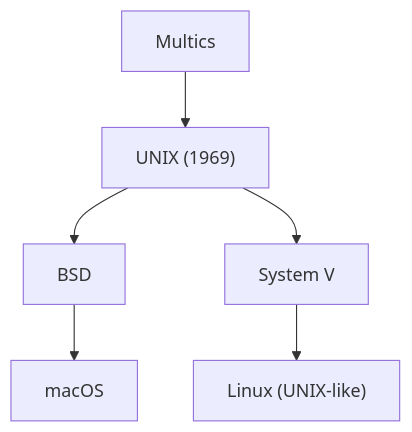
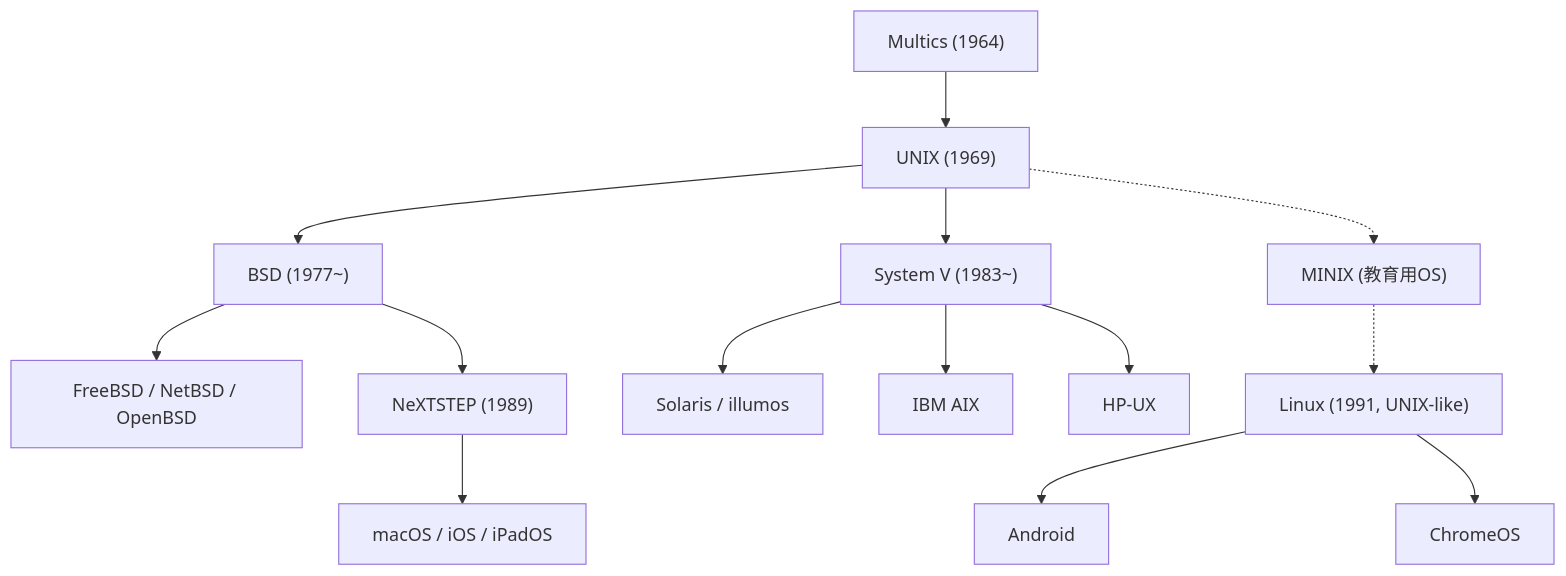
Before and after one commit to kenjinote/blog: the diagram in content/post/history-of-unix/index.md, drawn with Mermaid. The commit also changed other lines of this file and 3 other files, not shown here.

````diff
--- a/content/post/history-of-unix/index.md
+++ b/content/post/history-of-unix/index.md
@@ -14,8 +76,19 @@
 ```mermaid
 graph TD
-    A["Multics"] --> B["UNIX (1969)"]
-    B --> C["BSD"]
-    B --> D["System V"]
-    C --> E["macOS"]
-    D --> F["Linux (UNIX-like)"]
+    Multics["Multics (1964)"] --> UNIX["UNIX (1969)"]
+    UNIX --> BSD["BSD (1977~)"]
+    UNIX --> SysV["System V (1983~)"]
+    
+    BSD --> FreeBSD["FreeBSD / NetBSD / OpenBSD"]
+    BSD --> NeXTSTEP["NeXTSTEP (1989)"]
+    NeXTSTEP --> macOS["macOS / iOS / iPadOS"]
+    
+    SysV --> Solaris["Solaris / illumos"]
+    SysV --> AIX["IBM AIX"]
+    SysV --> HPUX["HP-UX"]
+    
+    UNIX -.-> MINIX["MINIX (教育用OS)"]
+    MINIX -.-> Linux["Linux (1991, UNIX-like)"]
+    Linux --> Android["Android"]
+    Linux --> ChromeOS["ChromeOS"]
 ```
````
